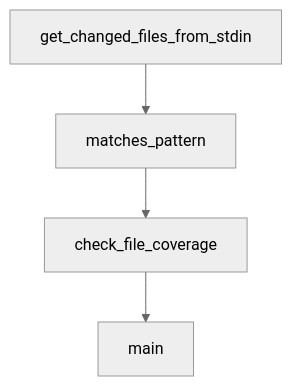
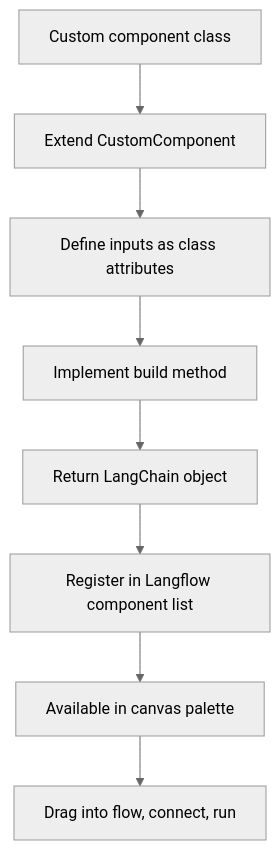
One commit to johnxie/awesome-code-docs changed the diagram in tutorials/langflow-tutorial/07-custom-components-and-extensions.md. Above: the diagram before and after it, drawn with Mermaid (neutral theme). The commit also changed other lines of this file and 1232 other files, not shown here.

````diff
--- a/tutorials/langflow-tutorial/07-custom-components-and-extensions.md
+++ b/tutorials/langflow-tutorial/07-custom-components-and-extensions.md
@@ -213,10 +44,10 @@
 ```mermaid
 flowchart TD
-    A[get_changed_files_from_stdin]
-    B[matches_pattern]
-    C[check_file_coverage]
-    D[main]
-    A --> B
-    B --> C
-    C --> D
+    A[Custom component class] --> B[Extend CustomComponent]
+    B --> C[Define inputs as class attributes]
+    C --> D[Implement build method]
+    D --> E[Return LangChain object]
+    E --> F[Register in Langflow component list]
+    F --> G[Available in canvas palette]
+    G --> H[Drag into flow, connect, run]
 ```
````
